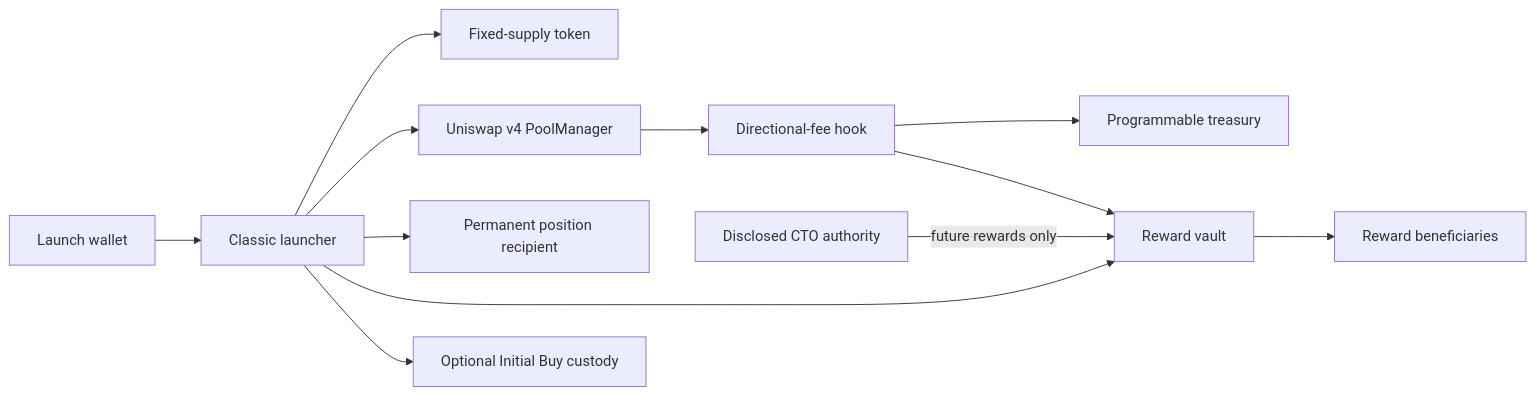
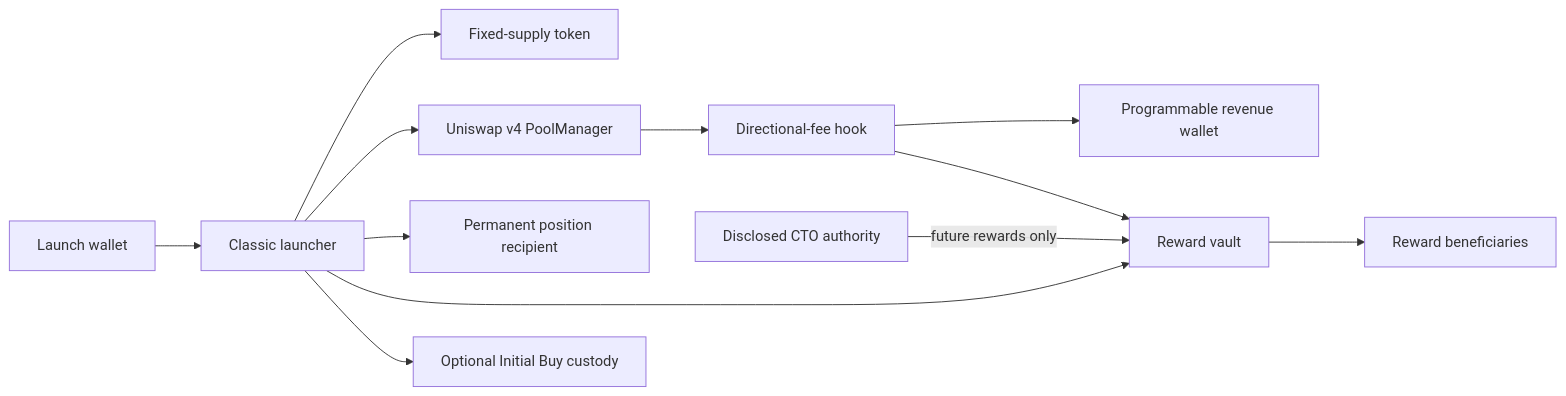
Before and after one commit to 0xprogrammable/PROGRAMMABLE: the diagram in docs/classic/SECURITY-PROPERTIES.md, drawn with Mermaid. The commit also changed other lines of this file and 8 other files, not shown here.

````diff
--- a/docs/classic/SECURITY-PROPERTIES.md
+++ b/docs/classic/SECURITY-PROPERTIES.md
@@ -25,14 +26,14 @@
 ```mermaid
 flowchart LR
   user["Launch wallet"] --> launcher["Classic launcher"]
   launcher --> token["Fixed-supply token"]
   launcher --> pool["Uniswap v4 PoolManager"]
   launcher --> position["Permanent position recipient"]
   launcher --> reward["Reward vault"]
   launcher --> custody["Optional Initial Buy custody"]
   pool --> hook["Directional-fee hook"]
-  hook --> treasury["Programmable treasury"]
+  hook --> revenue["Programmable revenue wallet"]
   hook --> reward
   reward --> beneficiaries["Reward beneficiaries"]
   cto["Disclosed CTO authority"] -->|future rewards only| reward
 ```
````
